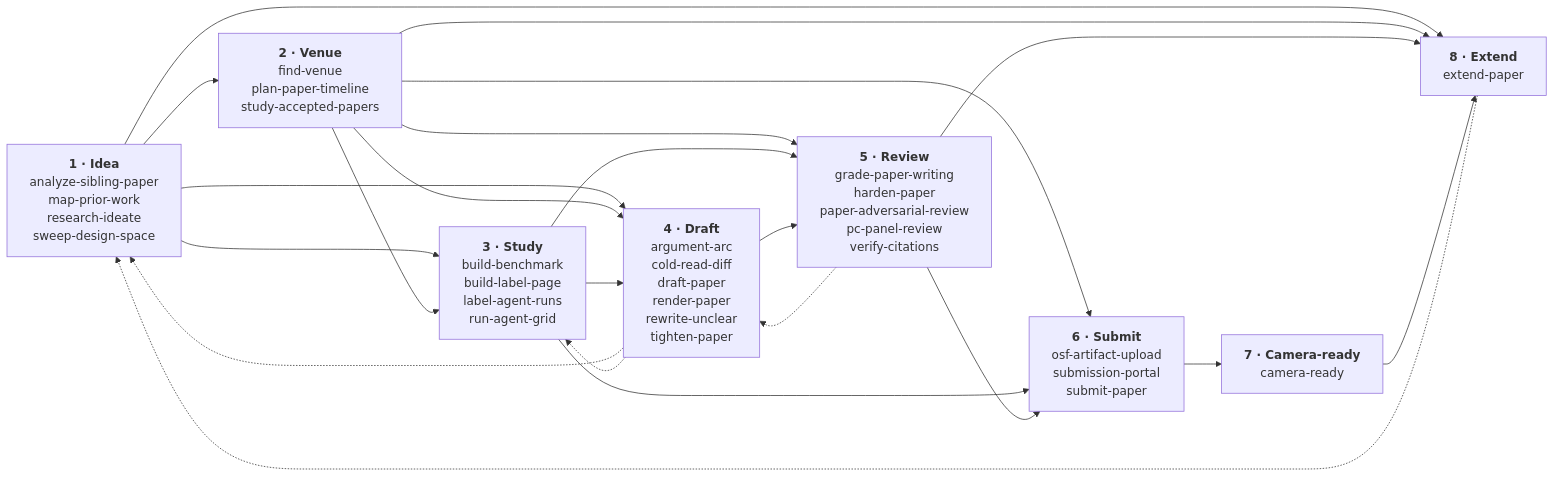
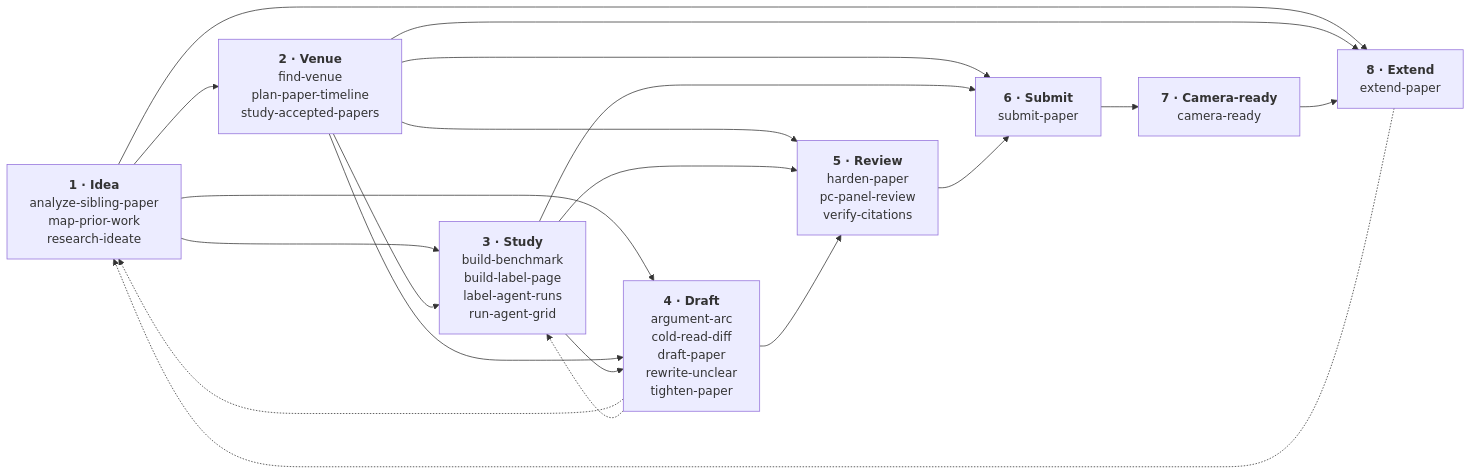
The first of 9 diagrams in docs/pipeline.md (zernie/paperlint), drawn with Mermaid before and after one commit. The commit also changed other lines of this file and 145 other files, not shown here.

````diff
--- a/docs/pipeline.md
+++ b/docs/pipeline.md
@@ -18,32 +18,30 @@
 ```mermaid
 flowchart LR
-  stage_idea["<b>1 · Idea</b><br/>analyze-sibling-paper<br/>map-prior-work<br/>research-ideate<br/>sweep-design-space"]
+  stage_idea["<b>1 · Idea</b><br/>analyze-sibling-paper<br/>map-prior-work<br/>research-ideate"]
   stage_venue["<b>2 · Venue</b><br/>find-venue<br/>plan-paper-timeline<br/>study-accepted-papers"]
   stage_study["<b>3 · Study</b><br/>build-benchmark<br/>build-label-page<br/>label-agent-runs<br/>run-agent-grid"]
-  stage_draft["<b>4 · Draft</b><br/>argument-arc<br/>cold-read-diff<br/>draft-paper<br/>render-paper<br/>rewrite-unclear<br/>tighten-paper"]
-  stage_review["<b>5 · Review</b><br/>grade-paper-writing<br/>harden-paper<br/>paper-adversarial-review<br/>pc-panel-review<br/>verify-citations"]
-  stage_submit["<b>6 · Submit</b><br/>osf-artifact-upload<br/>submission-portal<br/>submit-paper"]
+  stage_draft["<b>4 · Draft</b><br/>argument-arc<br/>cold-read-diff<br/>draft-paper<br/>rewrite-unclear<br/>tighten-paper"]
+  stage_review["<b>5 · Review</b><br/>harden-paper<br/>pc-panel-review<br/>verify-citations"]
+  stage_submit["<b>6 · Submit</b><br/>submit-paper"]
   stage_camera_ready["<b>7 · Camera-ready</b><br/>camera-ready"]
   stage_extend["<b>8 · Extend</b><br/>extend-paper"]
   stage_idea --> stage_venue
   stage_idea --> stage_study
   stage_idea --> stage_draft
   stage_idea --> stage_extend
   stage_venue --> stage_study
   stage_venue --> stage_draft
   stage_venue --> stage_review
   stage_venue --> stage_submit
   stage_venue --> stage_extend
   stage_study --> stage_draft
   stage_study --> stage_review
   stage_study --> stage_submit
   stage_draft --> stage_review
   stage_review --> stage_submit
-  stage_review --> stage_extend
   stage_submit --> stage_camera_ready
   stage_camera_ready --> stage_extend
   stage_draft -.-> stage_idea
   stage_draft -.-> stage_study
-  stage_review -.-> stage_draft
   stage_extend -.-> stage_idea
 ```
````
